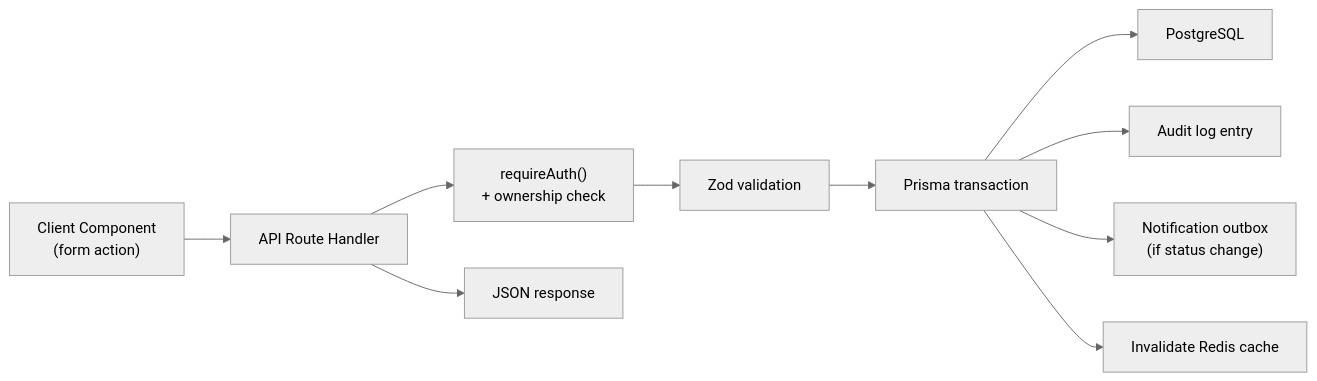
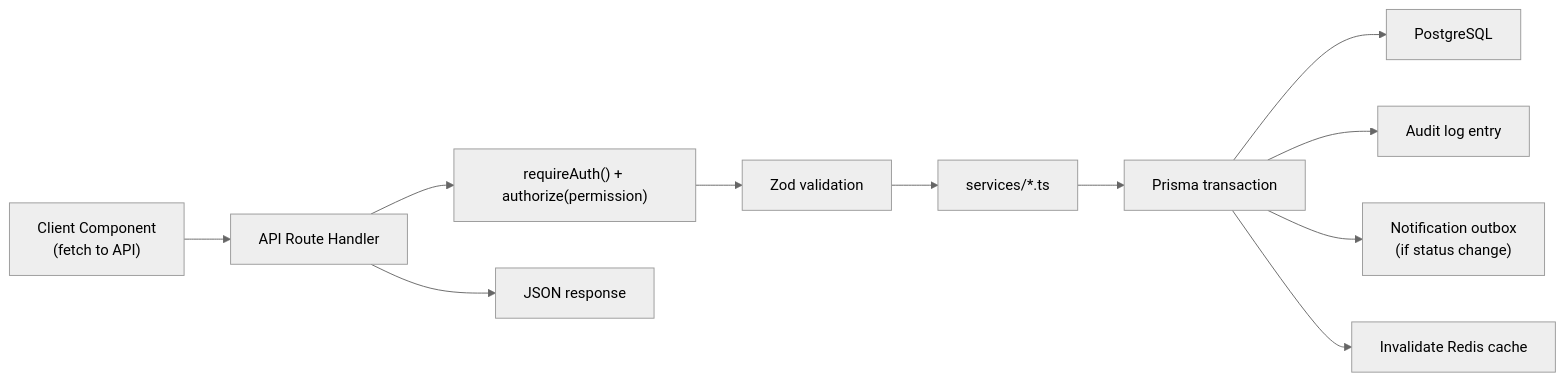
Before and after one commit to shunlink/tms: diagram 12 of 20 in docs/ARCHITECTURE_AND_USER_FLOW.md, drawn with Mermaid (neutral theme). The commit also changed other lines of this file and 7 other files, not shown here.

````diff
--- a/docs/ARCHITECTURE_AND_USER_FLOW.md
+++ b/docs/ARCHITECTURE_AND_USER_FLOW.md
@@ -451,12 +429,13 @@
 ```mermaid
 flowchart LR
-    FORM["Client Component<br/>(form action)"] --> API["API Route Handler"]
-    API --> AUTH["requireAuth()<br/>+ ownership check"]
+    FORM["Client Component<br/>(fetch to API)"] --> API["API Route Handler"]
+    API --> AUTH["requireAuth() + authorize(permission)"]
     AUTH --> VALIDATE["Zod validation"]
-    VALIDATE --> TX["Prisma transaction"]
+    VALIDATE --> SVC["services/*.ts"]
+    SVC --> TX["Prisma transaction"]
     TX --> PG["PostgreSQL"]
     TX --> AUDIT["Audit log entry"]
     TX --> NOTIFY["Notification outbox<br/>(if status change)"]
     TX --> CACHE_INV["Invalidate Redis cache"]
     API --> RESP["JSON response"]
 ```
````
